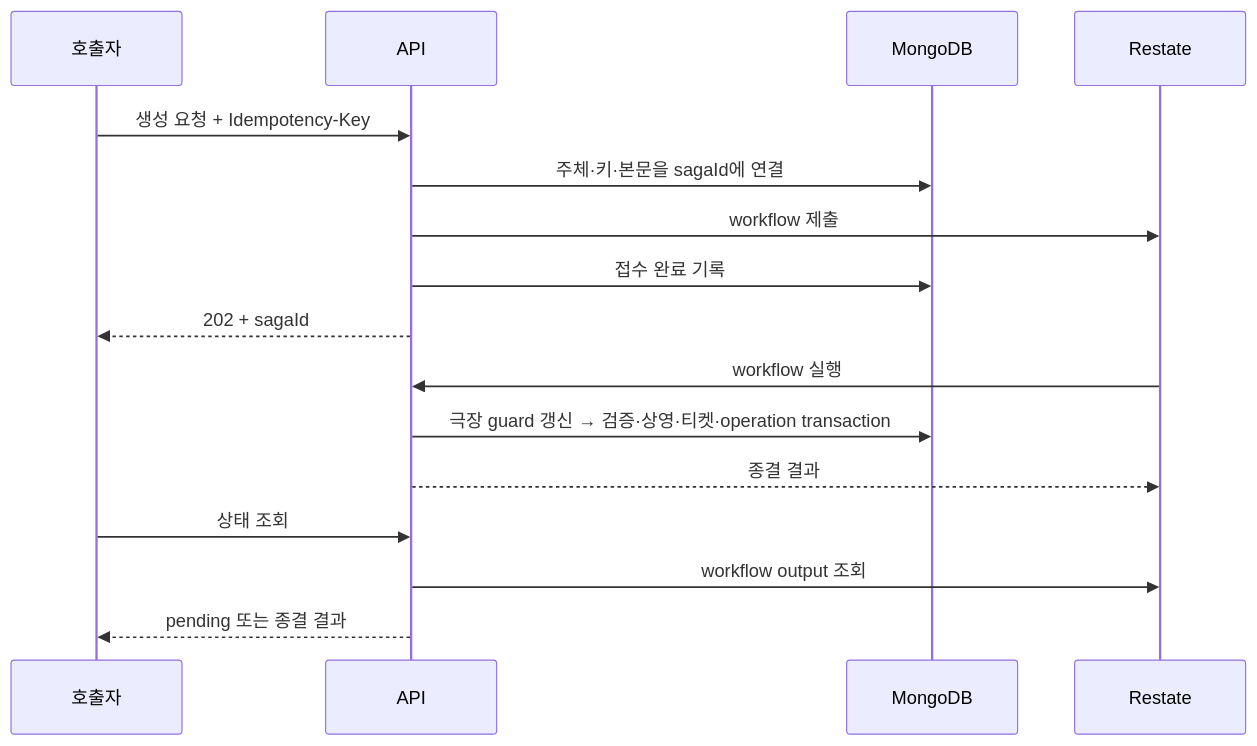
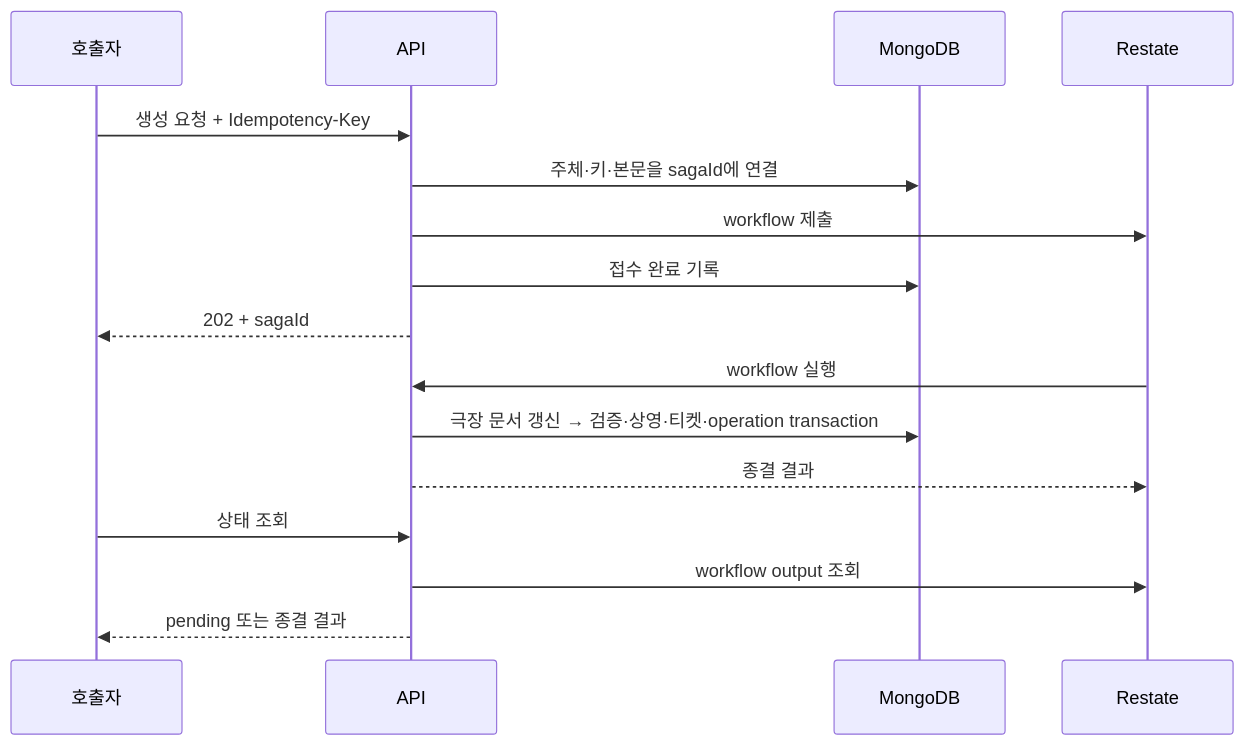
The second of 2 diagrams in docs/apps.md (mannercode/nest-seed), drawn with Mermaid before and after one commit. The commit also changed other lines of this file and 12 other files, not shown here.

````diff
--- a/docs/apps.md
+++ b/docs/apps.md
@@ -106,18 +106,18 @@
 ```mermaid
 sequenceDiagram
     participant C as 호출자
     participant A as API
     participant M as MongoDB
     participant R as Restate
     C->>A: 생성 요청 + Idempotency-Key
     A->>M: 주체·키·본문을 sagaId에 연결
     A->>R: workflow 제출
     A->>M: 접수 완료 기록
     A-->>C: 202 + sagaId
     R->>A: workflow 실행
-    A->>M: 극장 guard 갱신 → 검증·상영·티켓·operation transaction
+    A->>M: 극장 문서 갱신 → 검증·상영·티켓·operation transaction
     A-->>R: 종결 결과
     C->>A: 상태 조회
     A->>R: workflow output 조회
     A-->>C: pending 또는 종결 결과
 ```
````
